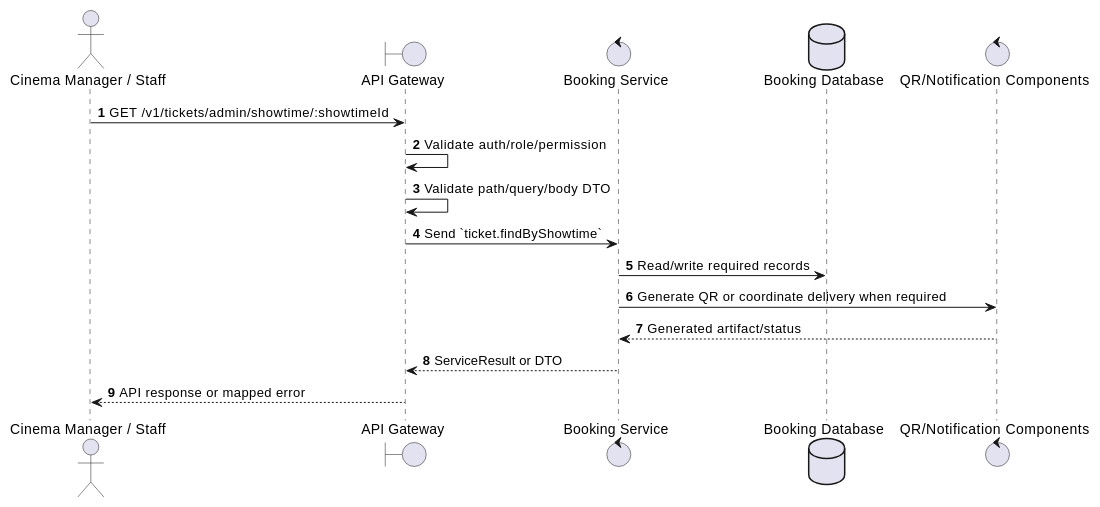
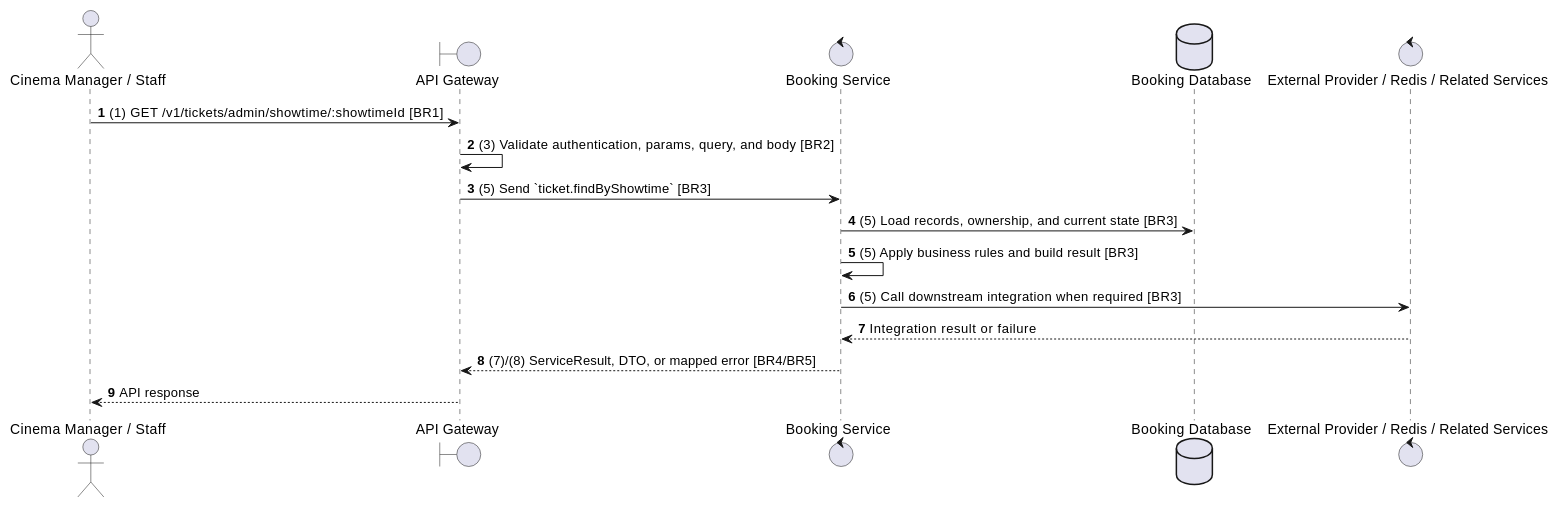
One commit to Tanh1603/movie-hub-architecture changed the second of 2 diagrams in docs/functional_specs/3.7_Ticket_Management_Module/TK-A02_Find_Tickets_by_Showtime.md. Above: the diagram before and after it, drawn with PlantUML. The commit also changed other lines of this file and 129 other files, not shown here.

````diff
--- a/docs/functional_specs/3.7_Ticket_Management_Module/TK-A02_Find_Tickets_by_Showtime.md
+++ b/docs/functional_specs/3.7_Ticket_Management_Module/TK-A02_Find_Tickets_by_Showtime.md
@@ -17,20 +64,20 @@
 ```plantuml
 @startuml
 autonumber
 actor "Cinema Manager / Staff" as Actor
 boundary "API Gateway" as GW
 control "Booking Service" as SVC
 database "Booking Database" as DB
-control "QR/Notification Components" as EXT
+control "External Provider / Redis / Related Services" as EXT
 
-Actor -> GW: GET /v1/tickets/admin/showtime/:showtimeId
-GW -> GW: Validate auth/role/permission
-GW -> GW: Validate path/query/body DTO
-GW -> SVC: Send `ticket.findByShowtime`
-SVC -> DB: Read/write required records
-SVC -> EXT: Generate QR or coordinate delivery when required
-EXT --> SVC: Generated artifact/status
-SVC --> GW: ServiceResult or DTO
-GW --> Actor: API response or mapped error
+Actor -> GW: (1) GET /v1/tickets/admin/showtime/:showtimeId [BR1]
+GW -> GW: (3) Validate authentication, params, query, and body [BR2]
+GW -> SVC: (5) Send `ticket.findByShowtime` [BR3]
+SVC -> DB: (5) Load records, ownership, and current state [BR3]
+SVC -> SVC: (5) Apply business rules and build result [BR3]
+SVC -> EXT: (5) Call downstream integration when required [BR3]
+EXT --> SVC: Integration result or failure
+SVC --> GW: (7)/(8) ServiceResult, DTO, or mapped error [BR4/BR5]
+GW --> Actor: API response
 @enduml
 ```
````
